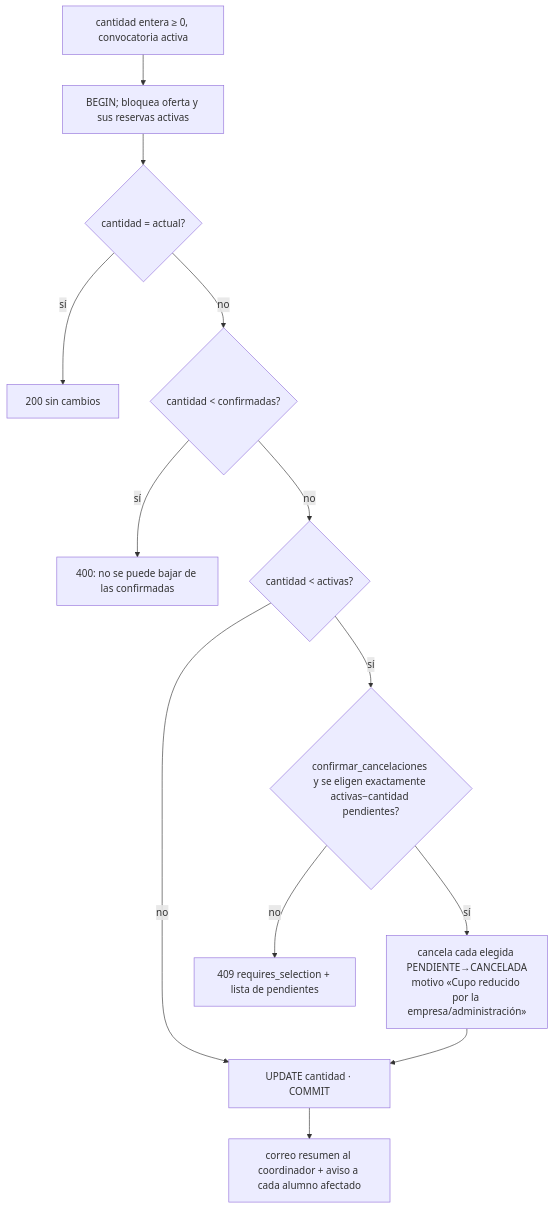
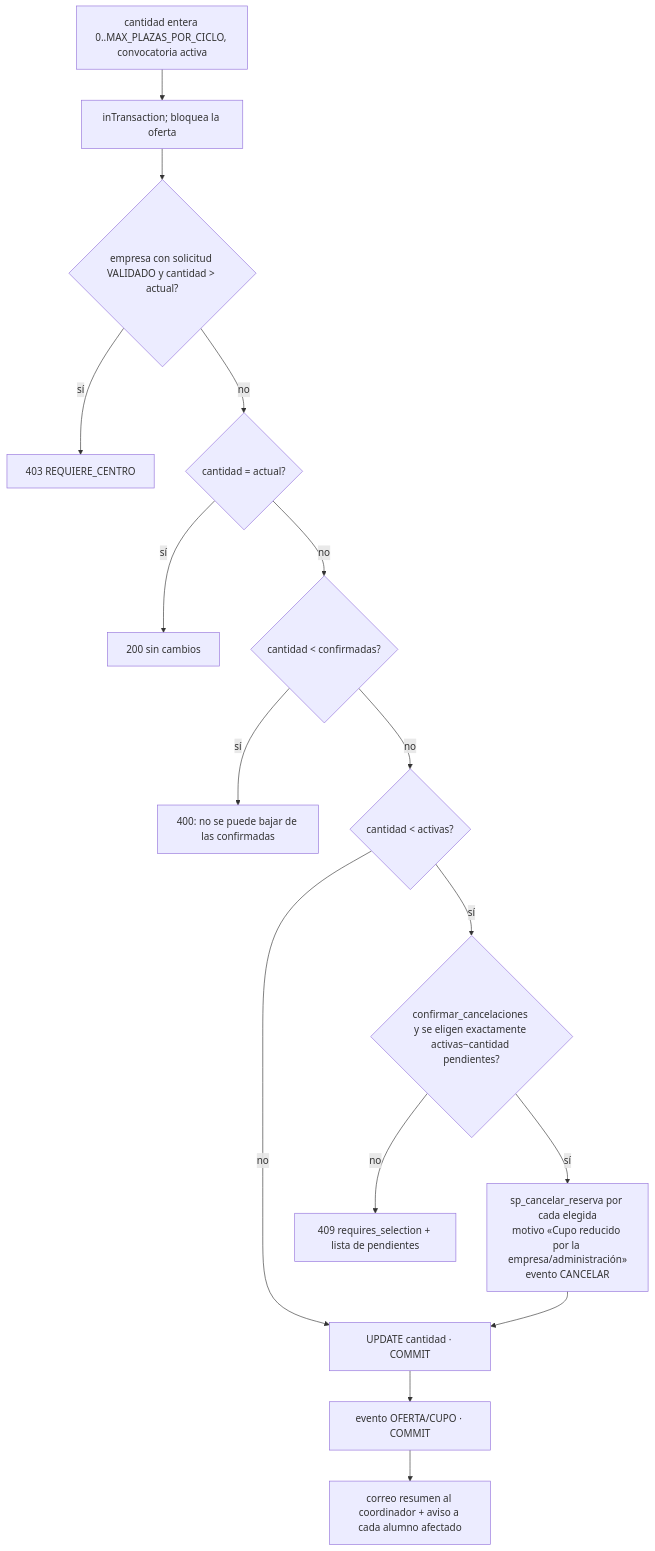
One commit to Katelynshapoval/Gestor-FP-Dual changed the diagram in docs/tecnica/logica-de-negocio/solicitudes-empresa.md. Above: the diagram before and after it, drawn with Mermaid. The commit also changed other lines of this file and 48 other files, not shown here.

````diff
--- a/docs/tecnica/logica-de-negocio/solicitudes-empresa.md
+++ b/docs/tecnica/logica-de-negocio/solicitudes-empresa.md
@@ -94,15 +95,18 @@
 ```mermaid
 flowchart TD
-  A[cantidad entera ≥ 0, convocatoria activa] --> B[BEGIN; bloquea oferta y sus reservas activas]
-  B --> C{cantidad = actual?}
+  A[cantidad entera 0..MAX_PLAZAS_POR_CICLO, convocatoria activa] --> B[inTransaction; bloquea la oferta]
+  B --> V{empresa con solicitud VALIDADO y cantidad > actual?}
+  V -- sí --> W[403 REQUIERE_CENTRO]
+  V -- no --> C{cantidad = actual?}
   C -- sí --> Z[200 sin cambios]
   C -- no --> D{cantidad < confirmadas?}
   D -- sí --> E[400: no se puede bajar de las confirmadas]
   D -- no --> F{cantidad < activas?}
   F -- no --> G[UPDATE cantidad · COMMIT]
   F -- sí --> H{confirmar_cancelaciones y se eligen exactamente activas−cantidad pendientes?}
   H -- no --> I[409 requires_selection + lista de pendientes]
-  H -- sí --> J[cancela cada elegida PENDIENTE→CANCELADA<br/>motivo «Cupo reducido por la empresa/administración»]
+  H -- sí --> J[sp_cancelar_reserva por cada elegida<br/>motivo «Cupo reducido por la empresa/administración»<br/>evento CANCELAR]
   J --> G
-  G --> K[correo resumen al coordinador + aviso a cada alumno afectado]
+  G --> L[evento OFERTA/CUPO · COMMIT]
+  L --> K[correo resumen al coordinador + aviso a cada alumno afectado]
 ```
````
